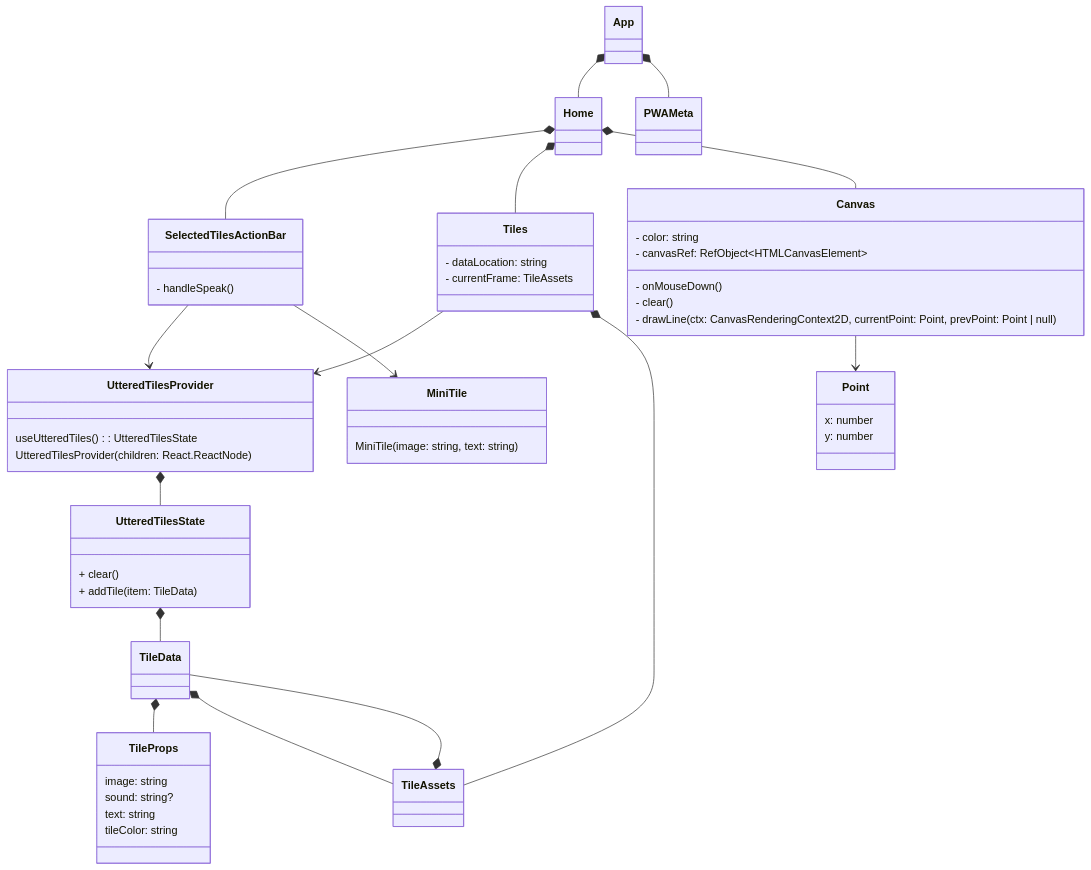
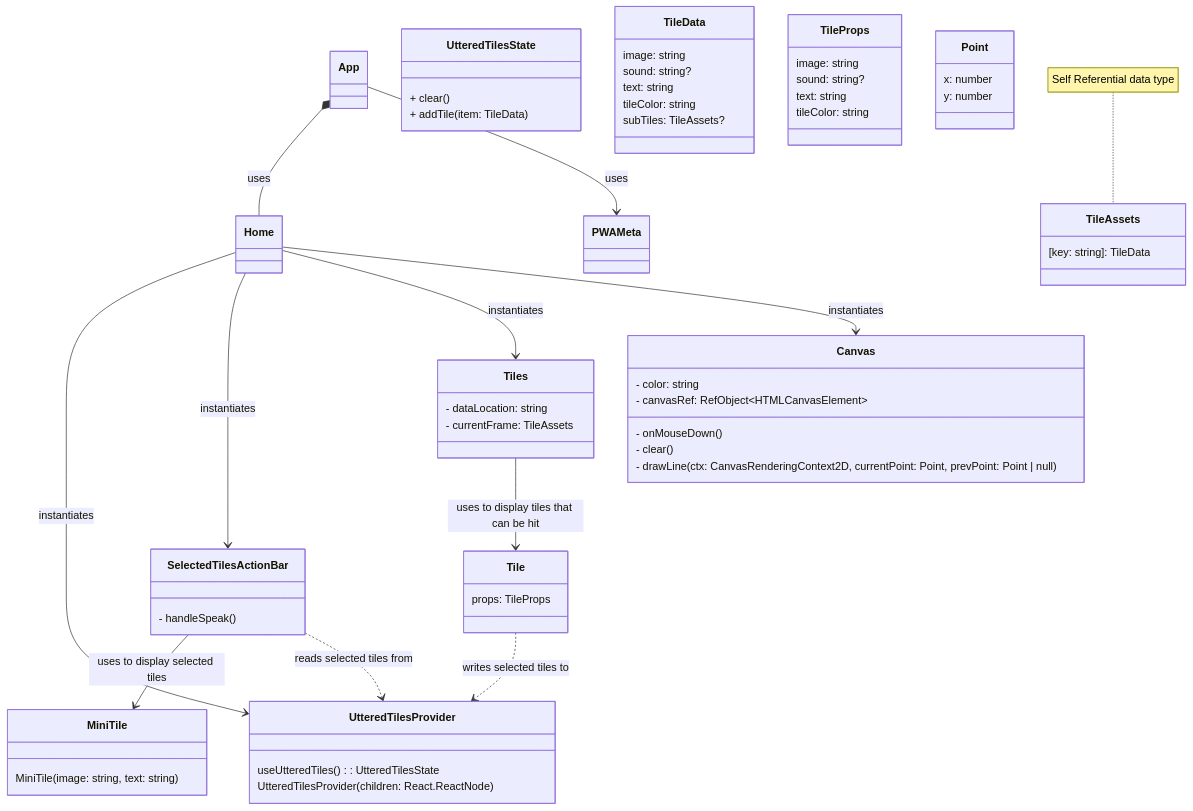
The diagram in documentation/docs/system-architecture/Frontend UML.md (Capstone-Projects-2023-Fall/project-smartspeech), drawn with Mermaid before and after one commit. The commit also changed other lines of this file and 1 other file, not shown here.

````diff
--- a/documentation/docs/system-architecture/Frontend UML.md
+++ b/documentation/docs/system-architecture/Frontend UML.md
@@ -8,29 +7,5 @@
 ```mermaid
 classDiagram
-    App *-- Home
-    App *-- PWAMeta
-
-    Home *-- SelectedTilesActionBar
-    Home *-- Tiles
-    Home *-- Canvas
-
-    SelectedTilesActionBar --> UtteredTilesProvider
-    SelectedTilesActionBar --> MiniTile
-
-    Tiles --> UtteredTilesProvider
-    Tiles *-- TileAssets
-
-    UtteredTilesProvider *-- UtteredTilesState
-
-    UtteredTilesState *-- TileData
-
-    TileData *-- TileProps
-    TileData *-- TileAssets
-
-    TileAssets *-- TileData
-
-    Canvas --> Point
-
     class App{
 
     }
@@ -71,7 +46,11 @@
     }
 
     class TileData{
-        
+        image: string
+        sound: string?
+        text: string
+        tileColor: string
+        subTiles: TileAssets?
     }
 
     class TileProps {
@@ -79,6 +58,15 @@
         sound: string?
         text: string
         tileColor: string
+    }
+
+    class Tile {
+        props: TileProps
+    }
+
+
+    class TileAssets {
+        [key: string]: TileData
     }
 
     class Point {
@@ -89,4 +77,19 @@
     class MiniTile {
         MiniTile(image: string, text: string)
     }
+
+    note for TileAssets "Self Referential data type"
+
+    SelectedTilesActionBar --> MiniTile: uses to display selected tiles
+    Tiles --> Tile: uses to display tiles that can be hit
+
+    SelectedTilesActionBar ..> UtteredTilesProvider: reads selected tiles from
+    Tile ..> UtteredTilesProvider: writes selected tiles to
+
+    App *-- Home: uses
+    App --> PWAMeta: uses
+    Home --> UtteredTilesProvider: instantiates
+    Home --> SelectedTilesActionBar: instantiates
+    Home --> Tiles: instantiates
+    Home --> Canvas: instantiates
 ```
````
